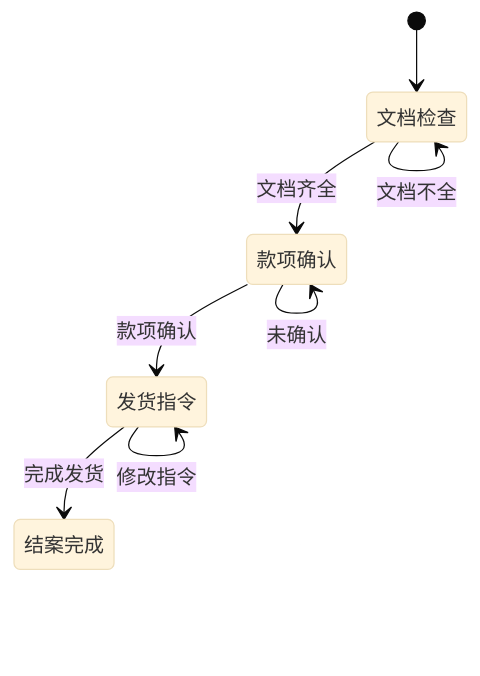
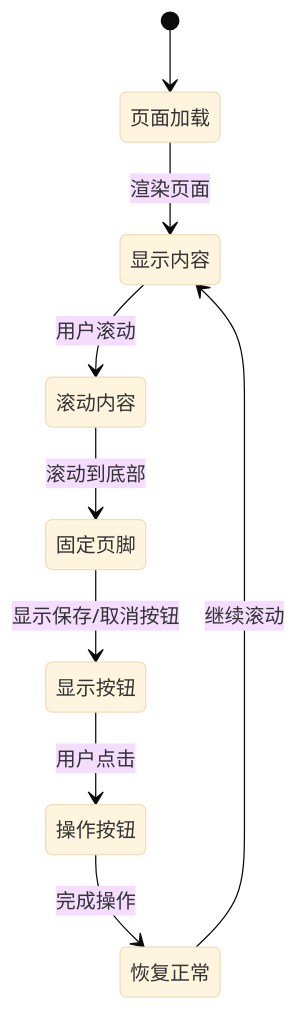
Before and after one commit to CubeEdge/Longhorn: diagram 22 of 30 in .qoder/repowiki/zh/content/前端组件架构/服务工作流增强/服务工作流增强.md, drawn with Mermaid (base theme). The commit also changed other lines of this file and 31 other files, not shown here.

````diff
--- a/.qoder/repowiki/zh/content/前端组件架构/服务工作流增强/服务工作流增强.md
+++ b/.qoder/repowiki/zh/content/前端组件架构/服务工作流增强/服务工作流增强.md
@@ -1036,10 +971,11 @@
 ```mermaid
 stateDiagram-v2
-[*] --> 文档检查
-文档检查 --> 款项确认 : 文档齐全
-文档检查 --> 文档检查 : 文档不全
-款项确认 --> 发货指令 : 款项确认
-款项确认 --> 款项确认 : 未确认
-发货指令 --> 结案完成 : 完成发货
-发货指令 --> 发货指令 : 修改指令
+[*] --> 页面加载
+页面加载 --> 显示内容 : 渲染页面
+显示内容 --> 滚动内容 : 用户滚动
+滚动内容 --> 固定页脚 : 滚动到底部
+固定页脚 --> 显示按钮 : 显示保存/取消按钮
+显示按钮 --> 操作按钮 : 用户点击
+操作按钮 --> 恢复正常 : 完成操作
+恢复正常 --> 显示内容 : 继续滚动
 ```
````
